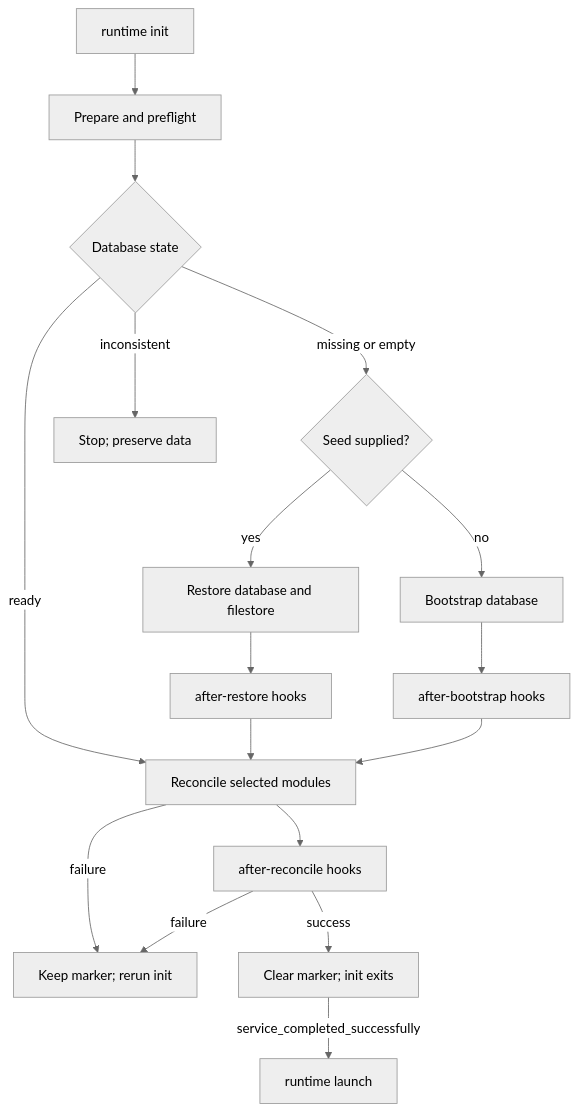
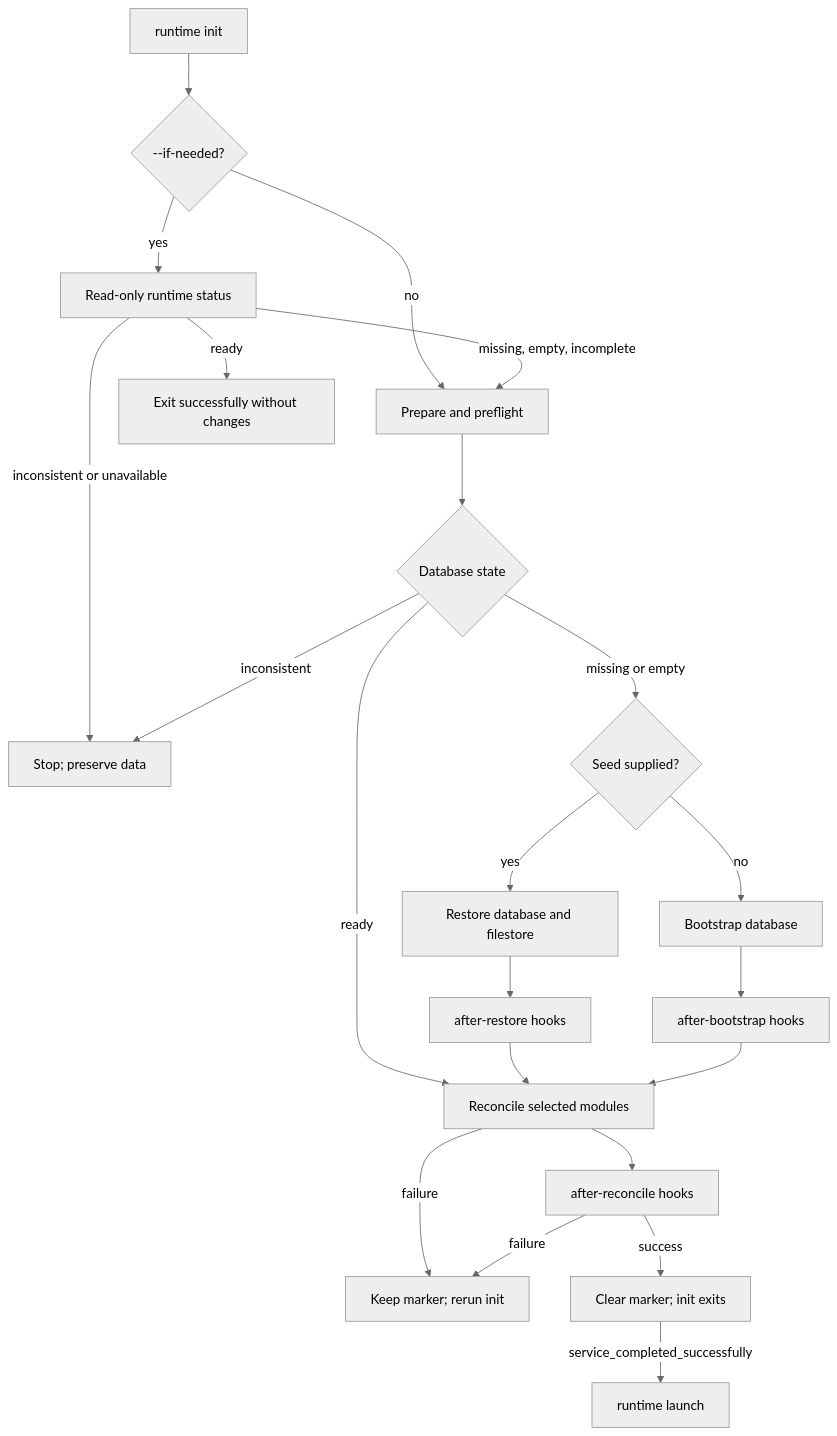
One commit to OpenJKSoftware/gOdoo changed the first of 2 diagrams in docs/lifecycle.md. Above: the diagram before and after it, drawn with Mermaid (neutral theme). The commit also changed other lines of this file and 4 other files, not shown here.

````diff
--- a/docs/lifecycle.md
+++ b/docs/lifecycle.md
@@ -11,19 +11,24 @@
 ```mermaid
 flowchart TD
-    Init[runtime init] --> Check[Prepare and preflight]
+    Init[runtime init] --> Needed{--if-needed?}
+    Needed -->|no| Check[Prepare and preflight]
+    Needed -->|yes| Status[Read-only runtime status]
+    Status -->|ready| Skip[Exit successfully without changes]
+    Status -->|missing, empty, incomplete| Check
+    Status -->|inconsistent or unavailable| Fail[Stop; preserve data]
     Check --> State{Database state}
     State -->|ready| Reconcile[Reconcile selected modules]
     State -->|missing or empty| Seed{Seed supplied?}
-    State -->|inconsistent| Fail[Stop; preserve data]
+    State -->|inconsistent| Fail
     Seed -->|yes| Restore[Restore database and filestore]
     Seed -->|no| Bootstrap[Bootstrap database]
     Restore --> RestoreHooks[after-restore hooks]
     Bootstrap --> BootstrapHooks[after-bootstrap hooks]
     RestoreHooks --> Reconcile
     BootstrapHooks --> Reconcile
     Reconcile --> Finalize[after-reconcile hooks]
     Reconcile -->|failure| Pending[Keep marker; rerun init]
     Finalize -->|success| Ready[Clear marker; init exits]
     Finalize -->|failure| Pending[Keep marker; rerun init]
     Ready -->|service_completed_successfully| Launch[runtime launch]
 ```
````
